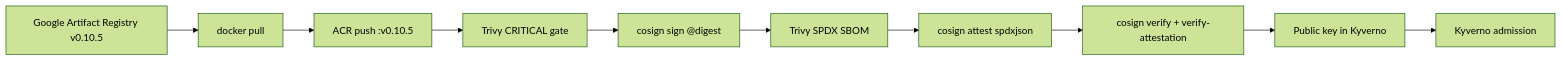
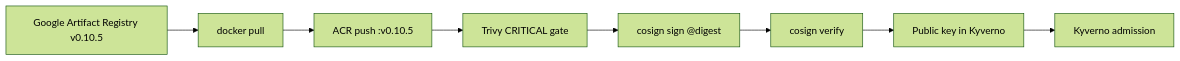
The diagram in docs/security/supply-chain.md (btilki/boutique-aks-devsecops), drawn with Mermaid (forest theme) before and after one commit. The commit also changed other lines of this file and 36 other files, not shown here.

````diff
--- a/docs/security/supply-chain.md
+++ b/docs/security/supply-chain.md
@@ -26,12 +37,10 @@
 ```mermaid
 flowchart LR
     GAR[Google Artifact Registry v0.10.5] --> Pull[docker pull]
     Pull --> Push[ACR push :v0.10.5]
     Push --> Trivy[Trivy CRITICAL gate]
     Trivy --> Sign[cosign sign @digest]
-    Sign --> SBOM[Trivy SPDX SBOM]
-    SBOM --> Attest[cosign attest spdxjson]
-    Attest --> Verify[cosign verify + verify-attestation]
+    Sign --> Verify[cosign verify]
     Verify --> KV[Public key in Kyverno]
     KV --> Kyverno[Kyverno admission]
 ```
````
